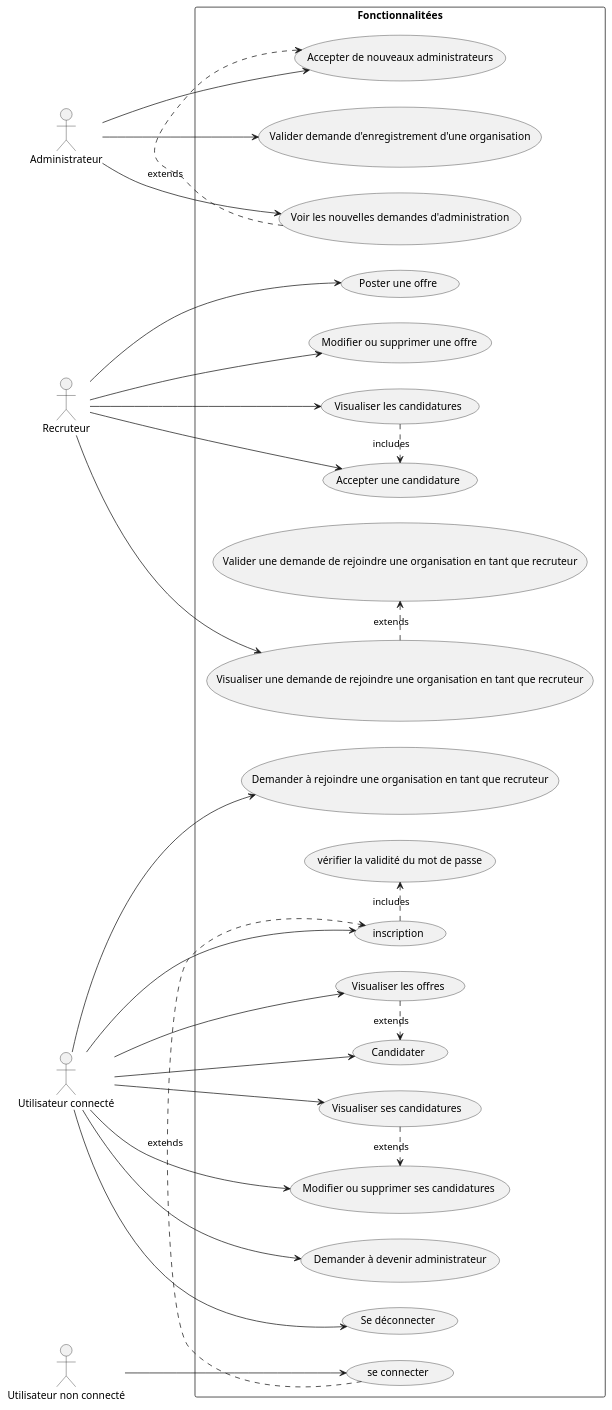
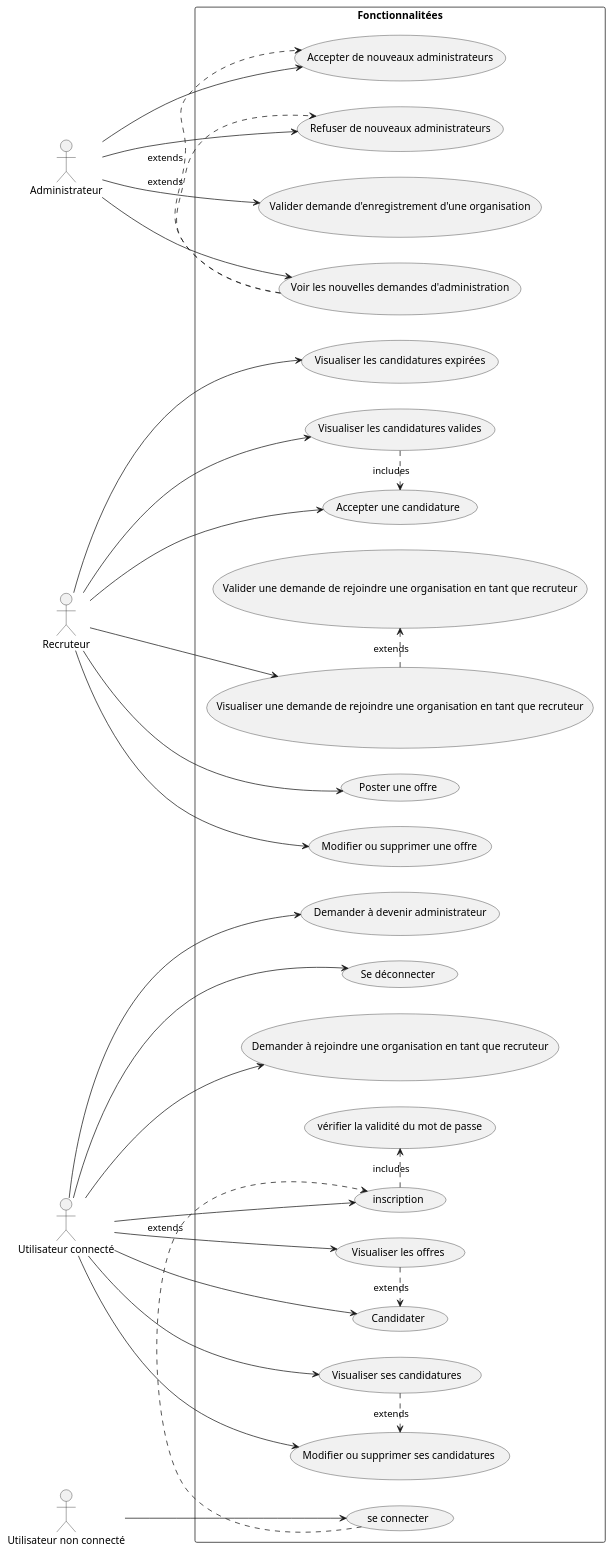
The diagram in TD1/usecase.puml (alexandreeberhardt/SR10_Website), drawn with PlantUML before and after one commit.

Commit message:
updated puml

```diff
--- a/TD1/usecase.puml
+++ b/TD1/usecase.puml
@@ -1,57 +1,64 @@
 @startuml
 
 
 
 left to right direction
 rectangle Fonctionnalitées {
 "Accepter une candidature" as (f1)
 "Poster une offre" as (f2)
 "Visualiser les offres" as (f3)
 "se connecter" as (f4)
 "inscription" as (f7)
 "Accepter de nouveaux administrateurs" as (f5)
 "Demander à devenir administrateur" as (f6)
 "vérifier la validité du mot de passe" as (f8)
 "Voir les nouvelles demandes d'administration" as (f9)
 "Candidater" as (f10)
 "Se déconnecter" as (f11)
-"Visualiser les candidatures" as (f12)
+"Visualiser les candidatures valides" as (f12)
 "Modifier ou supprimer une offre" as (f13)
 "Valider demande d'enregistrement d'une organisation" as (f14)
 "Visualiser une demande de rejoindre une organisation en tant que recruteur" as (f15)
 "Valider une demande de rejoindre une organisation en tant que recruteur" as (f16)
 "Demander à rejoindre une organisation en tant que recruteur" as (f17)
 "Visualiser ses candidatures " as (f18)
 "Modifier ou supprimer ses candidatures " as (f19)
+"Refuser de nouveaux administrateurs" as (f20)
+"Visualiser les candidatures expirées" as (f21)
+
+
 
 (f4) .> (f7) : extends
 (f7) .> (f8) : includes
 (f9) .> (f5) : extends
 (f3) .> (f10) :extends
 (f12) .> (f1) : includes
 (f15) .> (f16) : extends
 (f18) .> (f19) : extends
+(f9) .> (f20) : extends
 
 }
 :Administrateur: --> (f5)
 :Administrateur: --> (f9)
 :Administrateur: --> (f14)
+:Administrateur: --> (f20)
 :Recruteur: --> (f1)
 :Recruteur: --> (f2)
 :Recruteur: --> (f12)
 :Recruteur: --> (f13)
 :Recruteur: --> (f15)
+:Recruteur: --> (f21)
 :Utilisateur connecté: --> (f3)
 :Utilisateur connecté: --> (f6)
 :Utilisateur connecté: --> (f7)
 :Utilisateur connecté: --> (f10)
 :Utilisateur connecté: --> (f11)
 :Utilisateur connecté: --> (f17)
 :Utilisateur connecté: --> (f18)
 :Utilisateur connecté: --> (f19)
 :Utilisateur non connecté: --> (f4)
 
 
 
 
 @enduml
```
